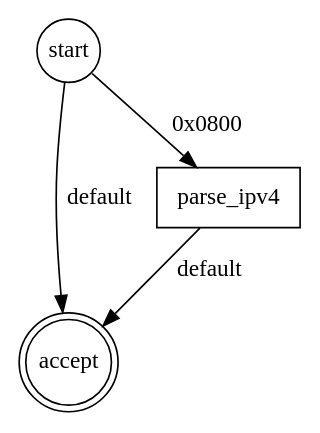
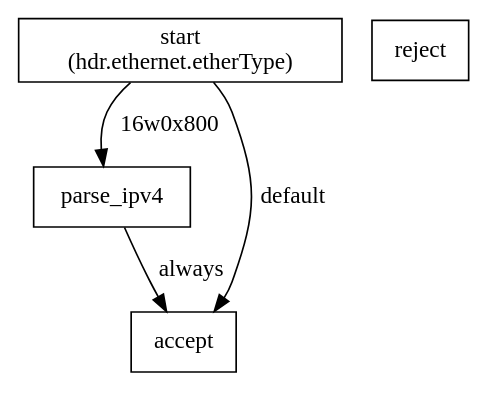
One commit to jafingerhut/p4-guide changed the diagram in demo3/graphs/ParserImpl.dot. Above: the diagram before and after it, drawn with Graphviz. The commit also changed 32 other files, not shown here.

Commit message:
Update .dot and .png graphs to those generated with p4c-graphs of 2018-Oct-20

```diff
--- a/demo3/graphs/ParserImpl.dot
+++ b/demo3/graphs/ParserImpl.dot
@@ -1,8 +1,10 @@
-digraph ParserImpl {
-0[label=accept, margin="0,0", shape=doublecircle, style=solid];
-1[label=start, margin="0,0", shape=circle, style=solid];
-2[label=parse_ipv4, margin="0.05,0", shape=box, style=solid];
-1 -> 2[label="0x0800"];
-1 -> 0[label=default];
-2 -> 0[label=default];
+digraph ParserImpl{
+start [shape=rectangle,label="start
+(hdr.ethernet.etherType)"]
+parse_ipv4 [shape=rectangle,label="parse_ipv4"]
+accept [shape=rectangle,label="accept"]
+reject [shape=rectangle,label="reject"]
+start -> parse_ipv4 [label="16w0x800"]
+start -> accept [label="default"]
+parse_ipv4 -> accept [label="always"]
 }
```
